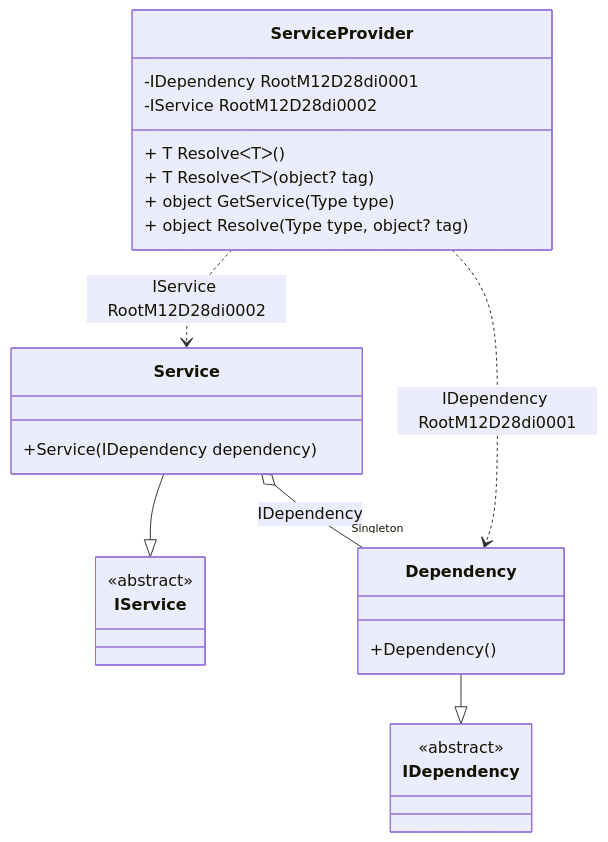
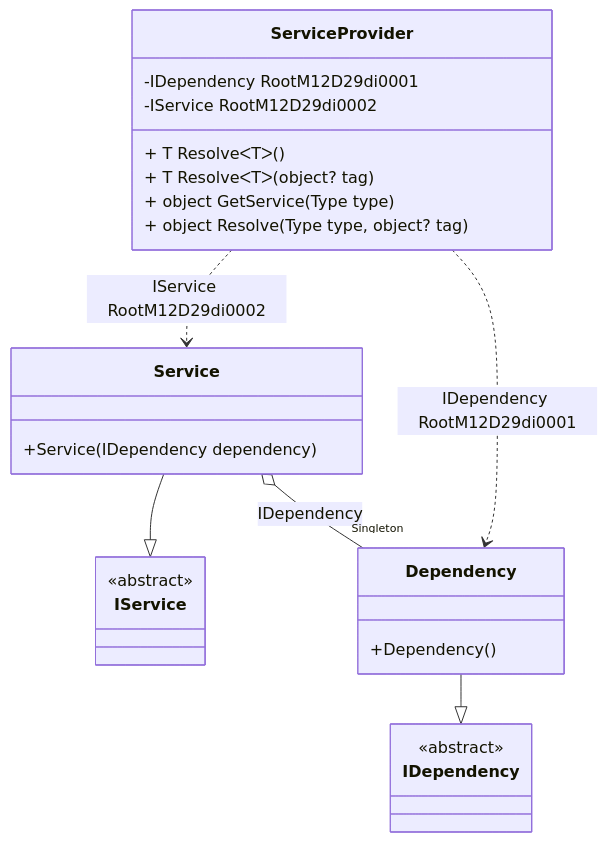
Before and after one commit to DevTeam/Pure.DI: the diagram in readme/service-provider.md, drawn with Mermaid. The commit also changed other lines of this file and 59 other files, not shown here.

````diff
--- a/readme/service-provider.md
+++ b/readme/service-provider.md
@@ -46,28 +46,28 @@
 ```mermaid
 classDiagram
   class ServiceProvider {
-    -IDependency RootM12D28di0001
-    -IService RootM12D28di0002
+    -IDependency RootM12D29di0001
+    -IService RootM12D29di0002
     + T ResolveᐸTᐳ()
     + T ResolveᐸTᐳ(object? tag)
     + object GetService(Type type)
     + object Resolve(Type type, object? tag)
   }
   Service --|> IService : 
   class Service {
     +Service(IDependency dependency)
   }
   Dependency --|> IDependency : 
   class Dependency {
     +Dependency()
   }
   class IService {
     <<abstract>>
   }
   class IDependency {
     <<abstract>>
   }
   Service o--  "Singleton" Dependency : IDependency
-  ServiceProvider ..> Dependency : IDependency RootM12D28di0001
-  ServiceProvider ..> Service : IService RootM12D28di0002
+  ServiceProvider ..> Dependency : IDependency RootM12D29di0001
+  ServiceProvider ..> Service : IService RootM12D29di0002
 ```
````
